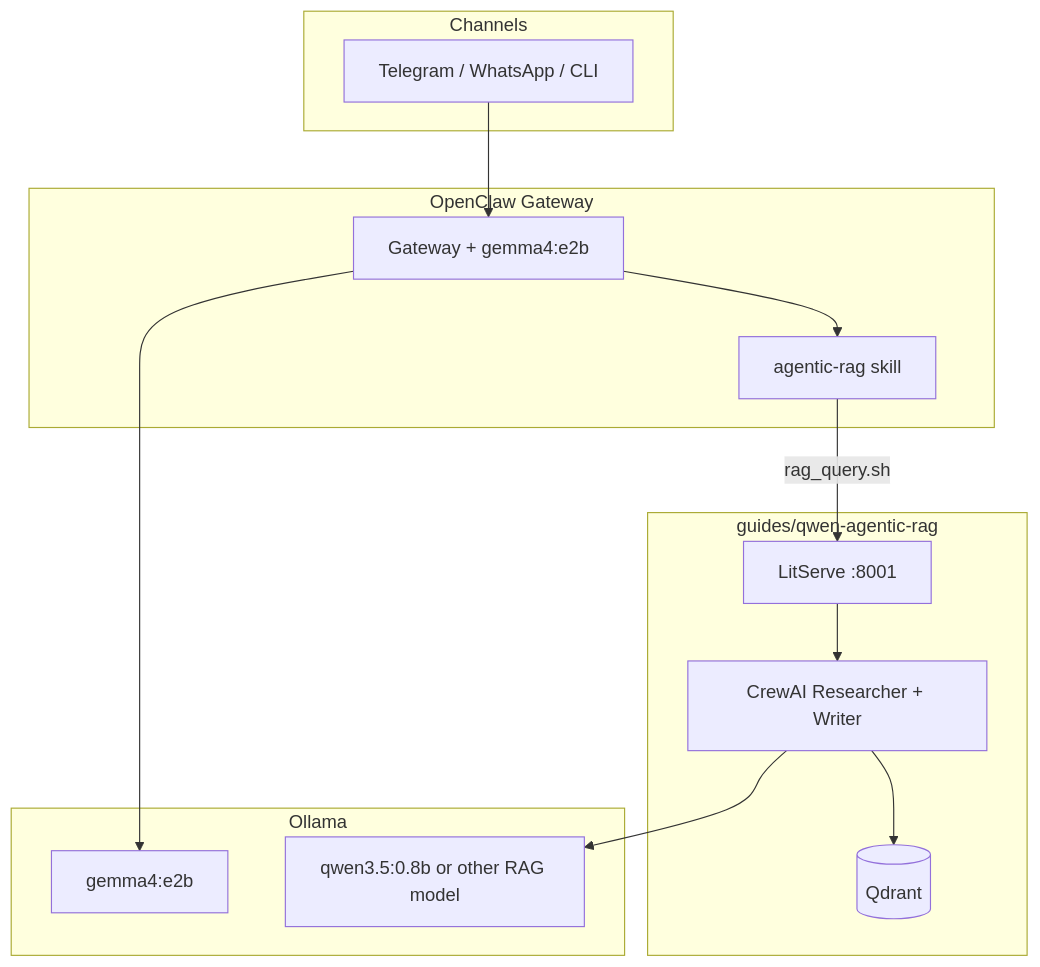
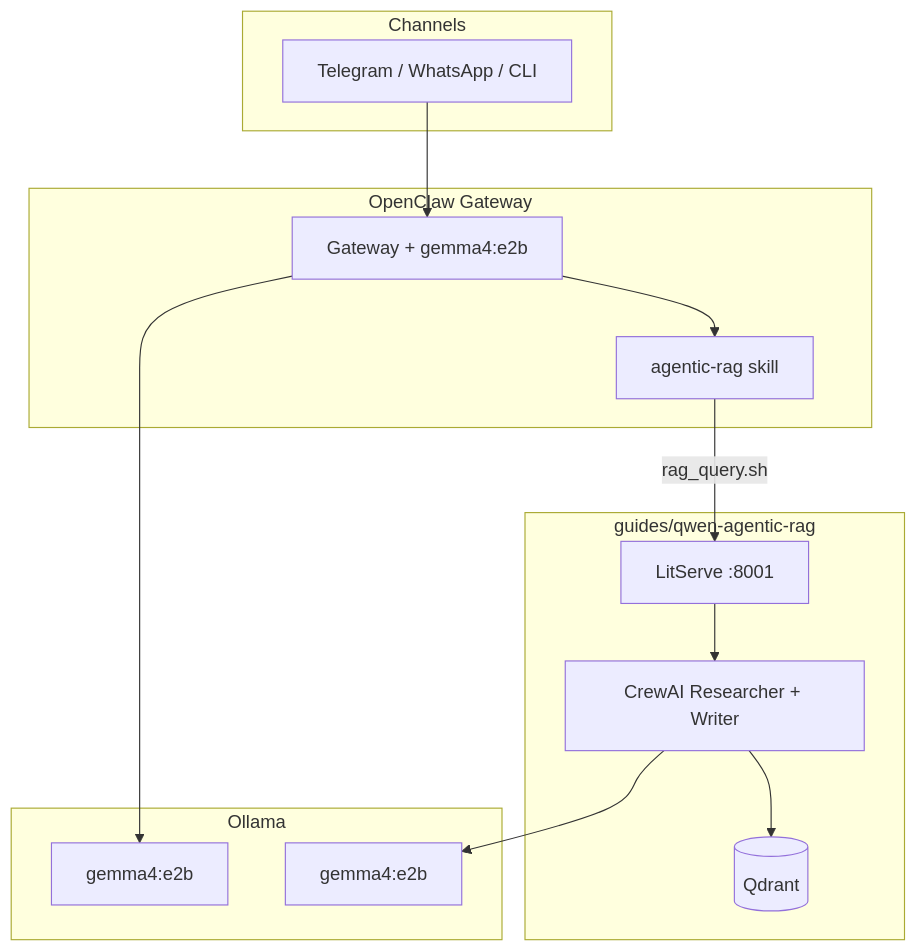
The diagram in guides/openclaw-gemma-rag/README.md (Ayush7614/agentic-ai-ecosystem), drawn with Mermaid before and after one commit. The commit also changed other lines of this file and 9 other files, not shown here.

````diff
--- a/guides/openclaw-gemma-rag/README.md
+++ b/guides/openclaw-gemma-rag/README.md
@@ -9,27 +9,27 @@
 ```mermaid
 flowchart TB
     subgraph channels [Channels]
         TG[Telegram / WhatsApp / CLI]
     end
     subgraph openclaw [OpenClaw Gateway]
         GW[Gateway + gemma4:e2b]
         SK[agentic-rag skill]
     end
     subgraph ollama [Ollama]
         G[gemma4:e2b]
-        Q[qwen3.5:0.8b or other RAG model]
+        Q[gemma4:e2b]
     end
     subgraph rag [guides/qwen-agentic-rag]
         API[LitServe :8001]
         CR[CrewAI Researcher + Writer]
         QD[(Qdrant)]
     end
 
     TG --> GW
     GW --> G
     GW --> SK
     SK -->|rag_query.sh| API
     API --> CR
     CR --> Q
     CR --> QD
 ```
````
